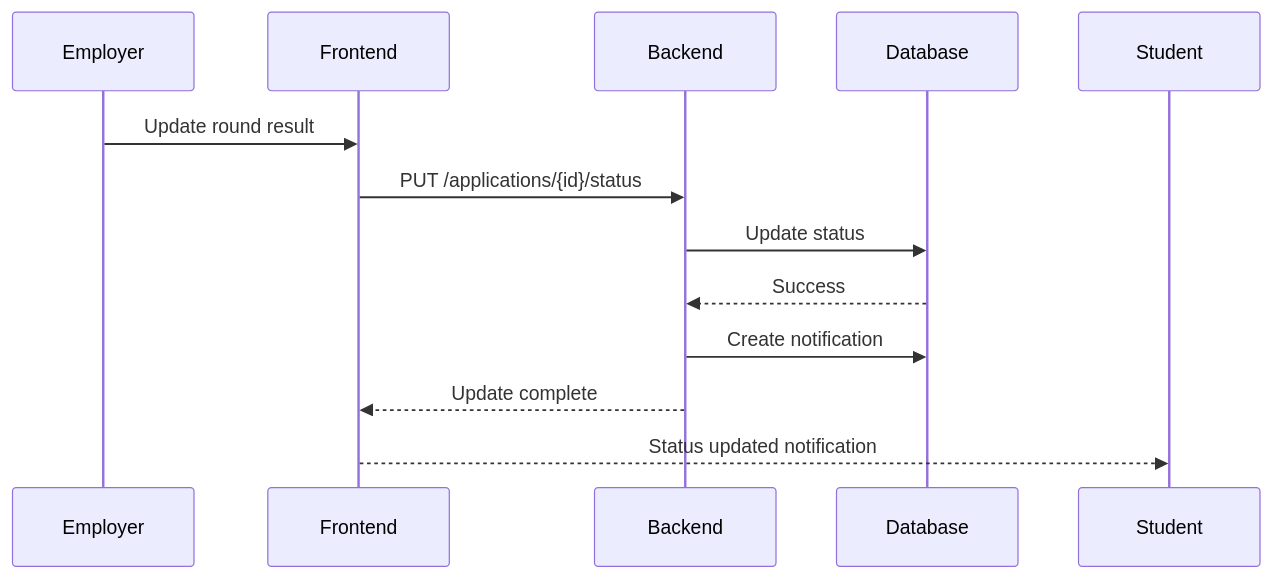
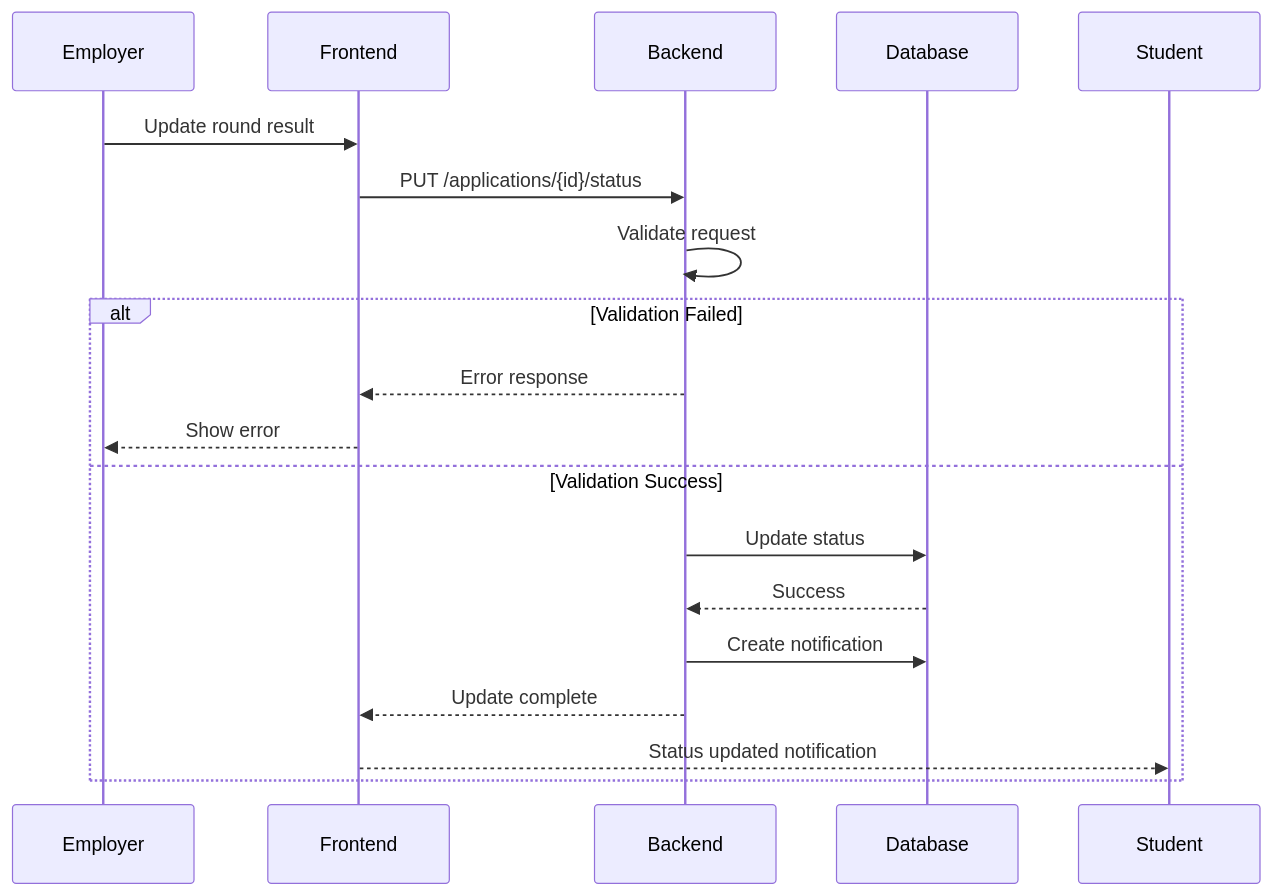
The fourth of 4 diagrams in instructions/Documentation/Sequence_diagrams.md (Fahim-004/Team_04_JavaFS), drawn with Mermaid before and after one commit. The commit also changed other lines of this file and 5 other files, not shown here.

````diff
--- a/instructions/Documentation/Sequence_diagrams.md
+++ b/instructions/Documentation/Sequence_diagrams.md
@@ -71,17 +96,25 @@
 ```mermaid
 sequenceDiagram
 
     participant Employer
     participant Frontend
     participant Backend
     participant Database
     participant Student
 
     Employer->>Frontend: Update round result
     Frontend->>Backend: PUT /applications/{id}/status
-    Backend->>Database: Update status
-    Database-->>Backend: Success
-    Backend->>Database: Create notification
-    Backend-->>Frontend: Update complete
-    Frontend-->>Student: Status updated notification
+
+    Backend->>Backend: Validate request
+
+    alt Validation Failed
+        Backend-->>Frontend: Error response
+        Frontend-->>Employer: Show error
+    else Validation Success
+        Backend->>Database: Update status
+        Database-->>Backend: Success
+        Backend->>Database: Create notification
+        Backend-->>Frontend: Update complete
+        Frontend-->>Student: Status updated notification
+    end
 ```
````
